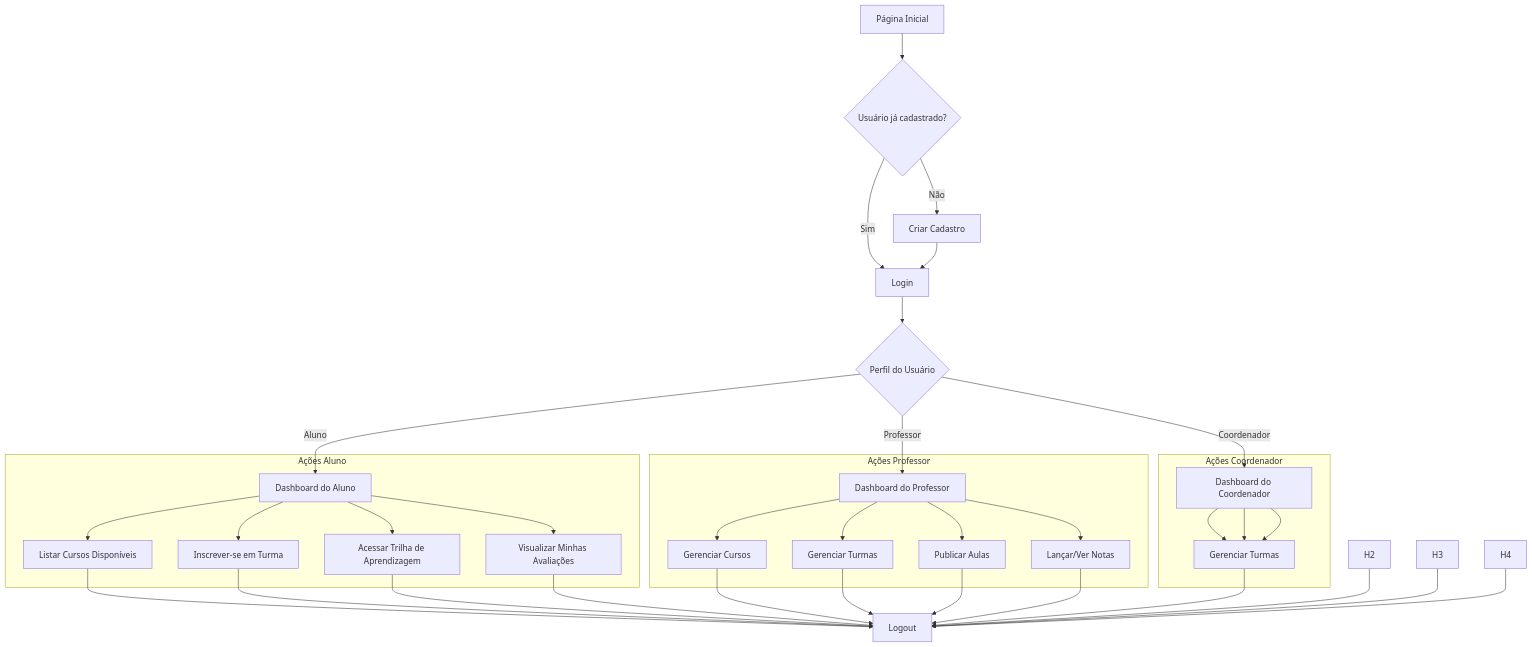
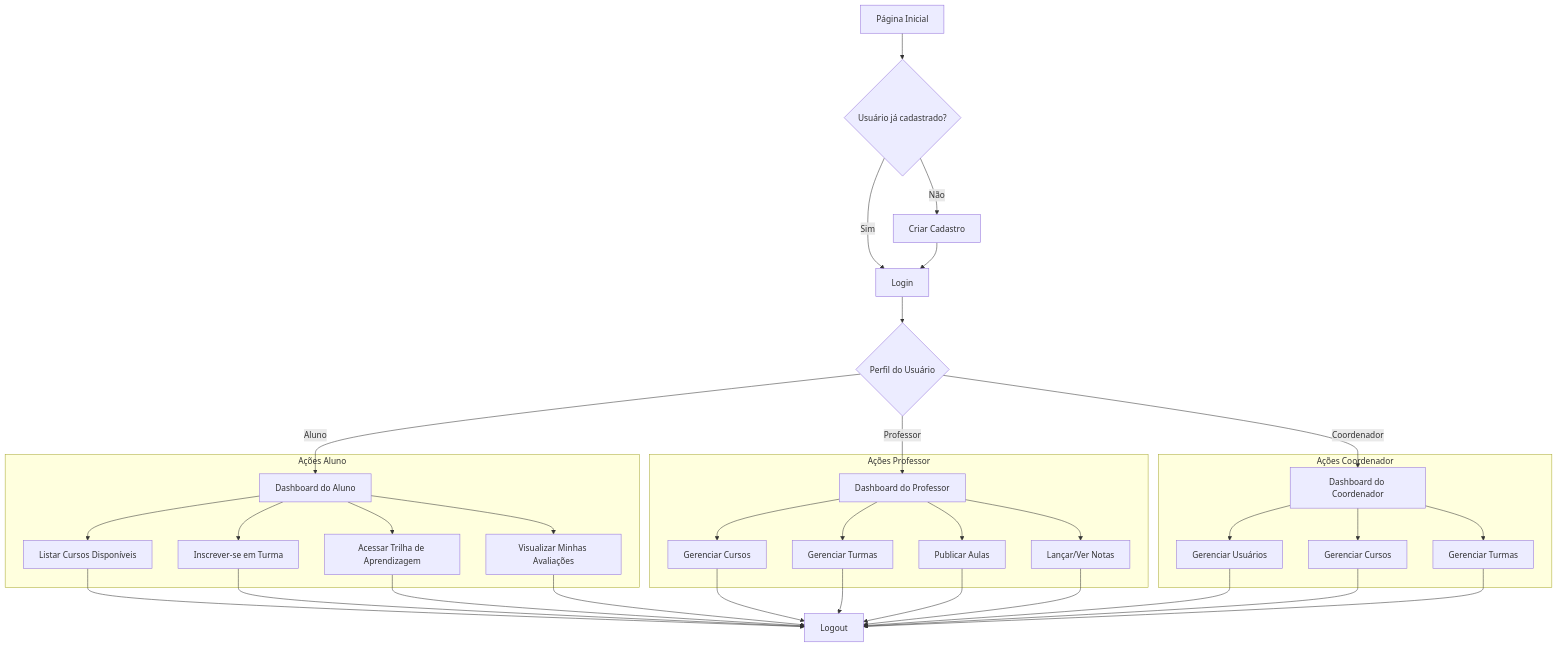
Before and after one commit to JoaoMMenezes/appoo-projeto-1: the diagram in fluxograma.md, drawn with Mermaid.

````diff
--- a/fluxograma.md
+++ b/fluxograma.md
@@ -3,35 +3,35 @@
 ```mermaid
 flowchart TD
   A[Página Inicial] --> B{Usuário já cadastrado?}
   B -- Sim --> C[Login]
   B -- Não --> D[Criar Cadastro]
   D --> C
   C --> E{Perfil do Usuário}
   E -- Aluno --> F[Dashboard do Aluno]
   E -- Professor --> G[Dashboard do Professor]
   E -- Coordenador --> H[Dashboard do Coordenador]
 
   subgraph Ações Aluno
     F --> F1[Listar Cursos Disponíveis]
     F --> F2[Inscrever-se em Turma]
     F --> F3[Acessar Trilha de Aprendizagem]
     F --> F4[Visualizar Minhas Avaliações]
   end
 
   subgraph Ações Professor
     G --> G1[Gerenciar Cursos]
     G --> G2[Gerenciar Turmas]
     G --> G3[Publicar Aulas]
     G --> G4[Lançar/Ver Notas]
   end
 
   subgraph Ações Coordenador
     H --> H1[Gerenciar Usuários]
-    H --> H1[Gerenciar Cursos]
-    H --> H1[Gerenciar Turmas]
+    H --> H2[Gerenciar Cursos]
+    H --> H3[Gerenciar Turmas]
   end
 
   F1 & F2 & F3 & F4 --> I[Logout]
   G1 & G2 & G3 & G4 --> I
-  H1 & H2 & H3 & H4 --> I
+  H1 & H2 & H3 --> I
 ```
````
